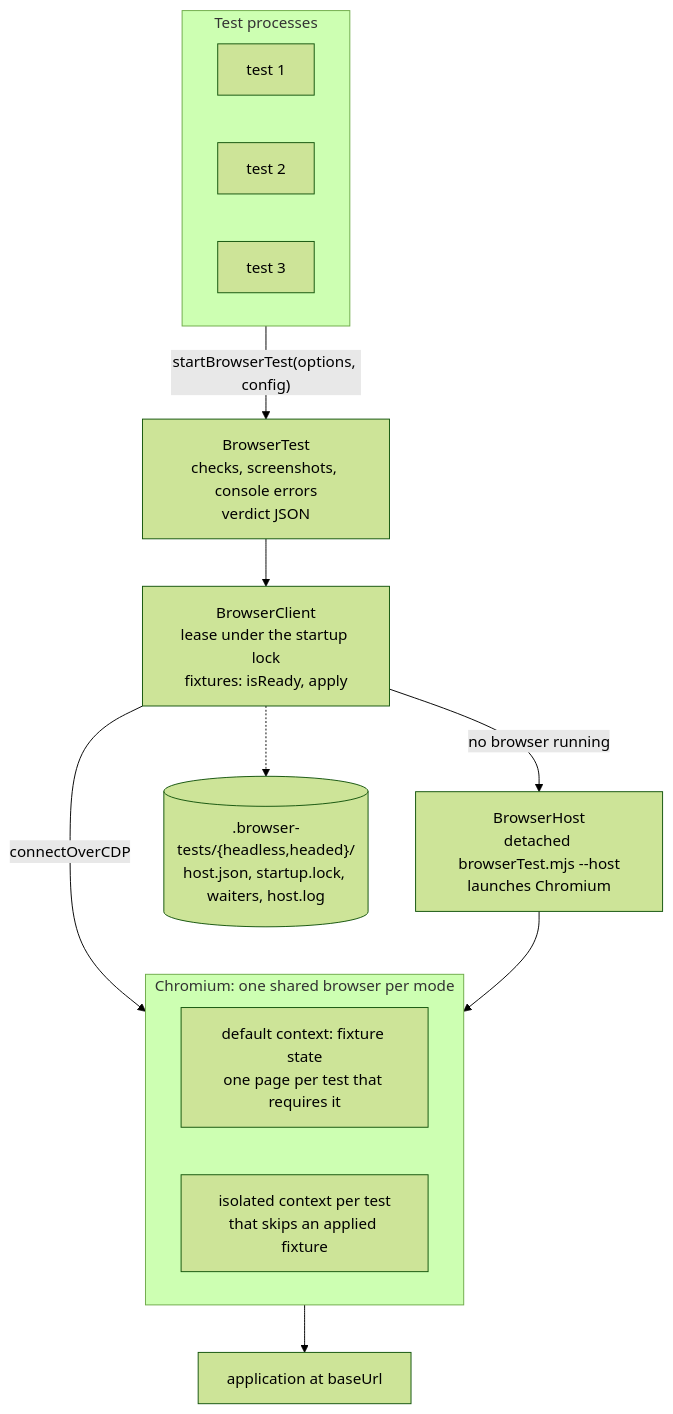
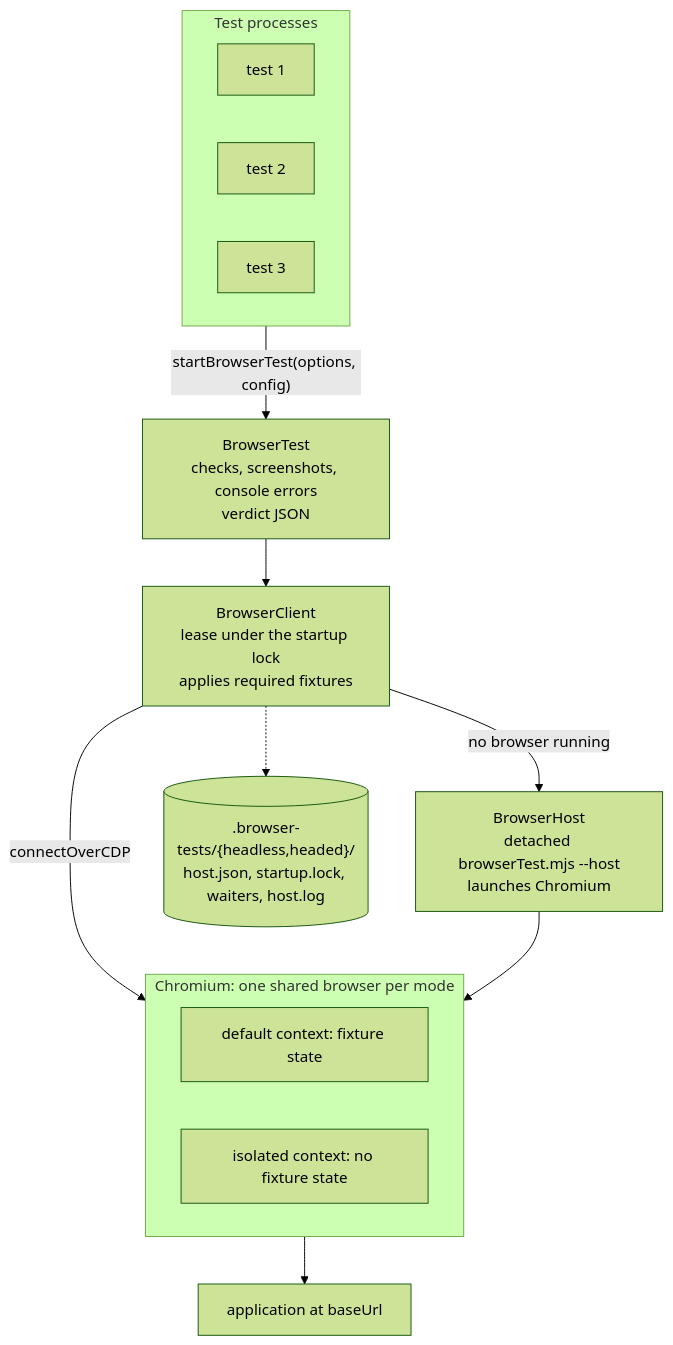
The diagram in README.md (blockchainian/browser-test), drawn with Mermaid (forest theme) before and after one commit. The commit also changed other lines of this file, not shown here.

````diff
--- a/README.md
+++ b/README.md
@@ -17,19 +15,19 @@
 ```mermaid
 flowchart TD
     subgraph T["Test processes"]
         T1["test 1"]
         T2["test 2"]
         T3["test 3"]
     end
     T -->|"startBrowserTest(options, config)"| BT["BrowserTest<br/>checks, screenshots, console errors<br/>verdict JSON"]
-    BT --> BC["BrowserClient<br/>lease under the startup lock<br/>fixtures: isReady, apply"]
+    BT --> BC["BrowserClient<br/>lease under the startup lock<br/>applies required fixtures"]
     BC -->|"no browser running"| BH["BrowserHost<br/>detached browserTest.mjs --host<br/>launches Chromium"]
     BC -->|"connectOverCDP"| CH
     BH --> CH
     subgraph CH["Chromium: one shared browser per mode"]
-        DC["default context: fixture state<br/>one page per test that requires it"]
-        IC["isolated context per test<br/>that skips an applied fixture"]
+        DC["default context: fixture state"]
+        IC["isolated context: no fixture state"]
     end
     CH --> W["application at baseUrl"]
     BC -.-> RT[(".browser-tests/{headless,headed}/<br/>host.json, startup.lock, waiters, host.log")]
 ```
````
